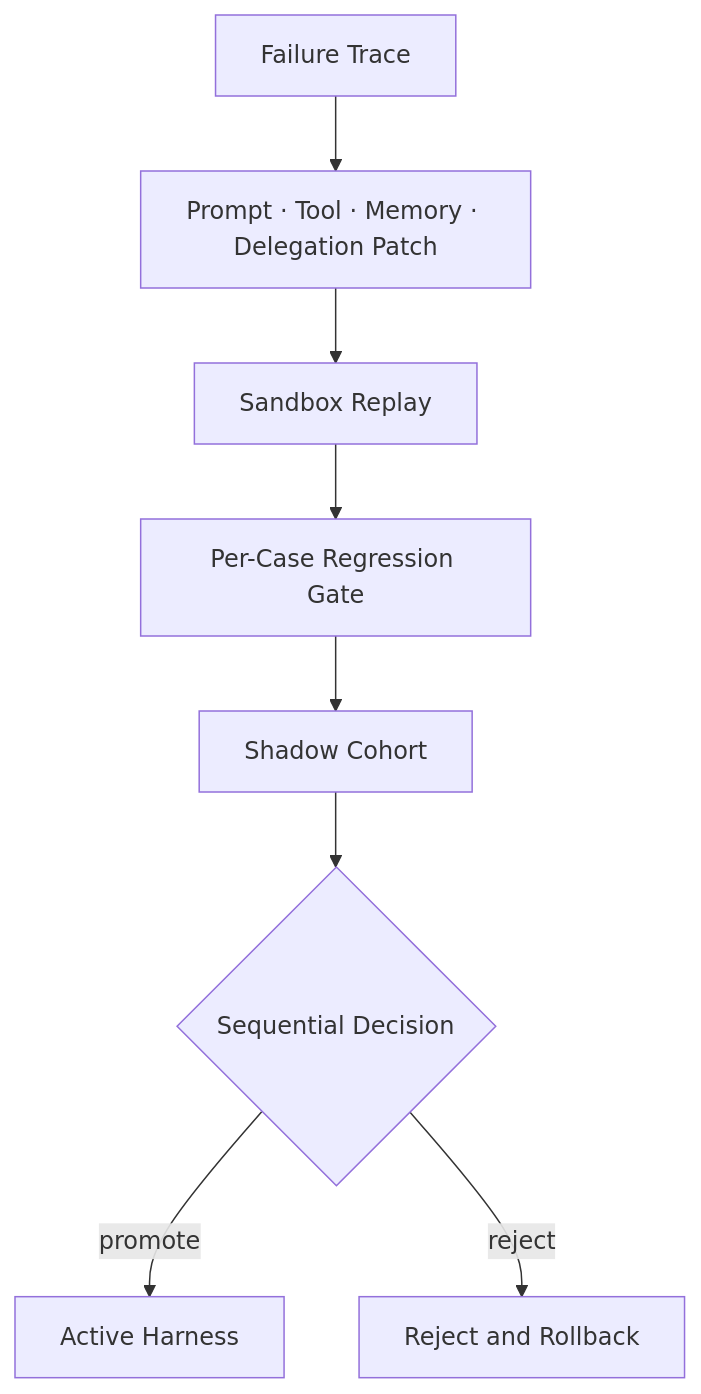
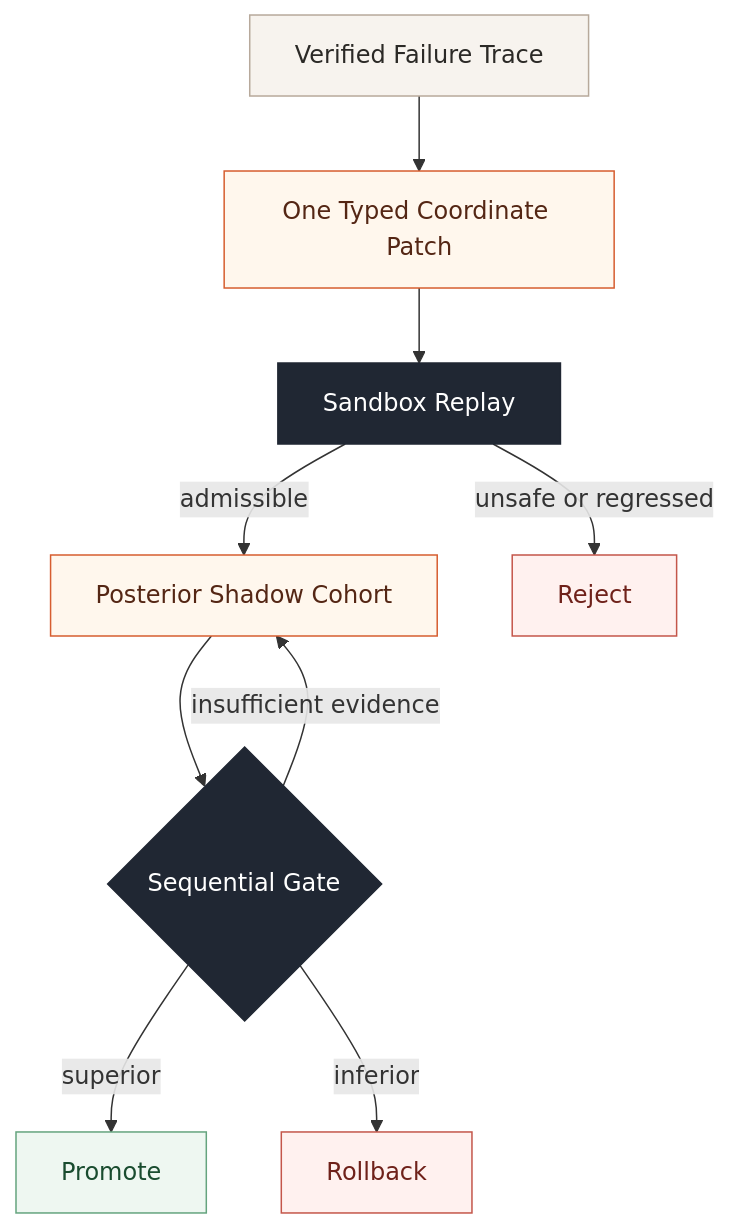
Before and after one commit to jiaweine/EcomEvo-Harness: the third of 4 diagrams in README.md, drawn with Mermaid. The commit also changed other lines of this file and 7 other files, not shown here.

First line of the commit message:
Refine product typography, runtime flow, and README

````diff
--- a/README.md
+++ b/README.md
@@ -115,10 +103,22 @@
 ```mermaid
 flowchart TB
-    FAIL[Failure Trace] --> PATCH[Prompt · Tool · Memory · Delegation Patch]
+    FAIL[Verified Failure Trace] --> PATCH[One Typed Coordinate Patch]
     PATCH --> REPLAY[Sandbox Replay]
-    REPLAY --> REGRESS[Per-Case Regression Gate]
-    REGRESS --> SHADOW[Shadow Cohort]
-    SHADOW --> DECIDE{Sequential Decision}
-    DECIDE -->|promote| ACTIVE[Active Harness]
-    DECIDE -->|reject| ROLLBACK[Reject and Rollback]
+    REPLAY -->|admissible| SHADOW[Posterior Shadow Cohort]
+    REPLAY -->|unsafe or regressed| REJECT[Reject]
+    SHADOW --> DECIDE{Sequential Gate}
+    DECIDE -->|superior| ACTIVE[Promote]
+    DECIDE -->|inferior| ROLLBACK[Rollback]
+    DECIDE -->|insufficient evidence| SHADOW
+
+    classDef source fill:#f7f3ee,stroke:#b7a99b,color:#2b2926
+    classDef candidate fill:#fff7ed,stroke:#d65d2f,color:#542614
+    classDef gate fill:#202733,stroke:#202733,color:#ffffff
+    classDef pass fill:#eef7f1,stroke:#65a47e,color:#194c2f
+    classDef fail fill:#fff1ef,stroke:#c4564a,color:#6f211a
+    class FAIL source
+    class PATCH,SHADOW candidate
+    class REPLAY,DECIDE gate
+    class ACTIVE pass
+    class REJECT,ROLLBACK fail
 ```
````
